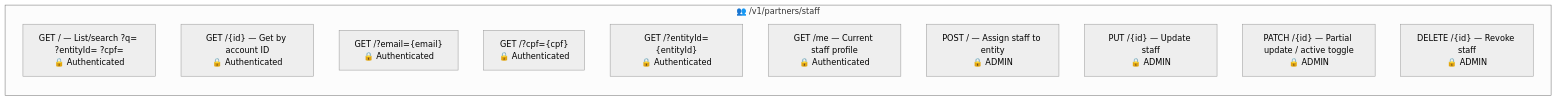
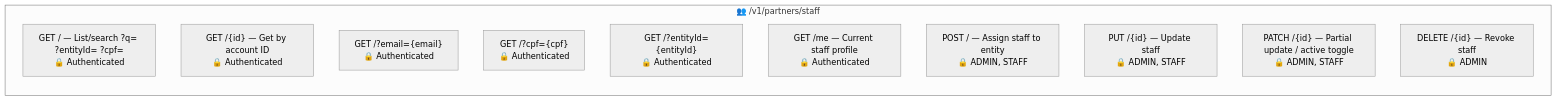
Before and after one commit to Plataforma-Universidade-Gratuita/pug-service: the third of 5 diagrams in src/main/java/br/org/catolicasc/pug/partner/README.md, drawn with Mermaid (neutral theme). The commit also changed other lines of this file and 38 other files, not shown here.

````diff
--- a/src/main/java/br/org/catolicasc/pug/partner/README.md
+++ b/src/main/java/br/org/catolicasc/pug/partner/README.md
@@ -77,16 +77,16 @@
 ```mermaid
 graph LR
     subgraph Staff["👥 /v1/partners/staff"]
         direction TB
         GET_LIST["GET / — List/search ?q= ?entityId= ?cpf=<br/>🔒 Authenticated"]
         GET_ID["GET /{id} — Get by account ID<br/>🔒 Authenticated"]
         GET_EMAIL["GET /?email={email}<br/>🔒 Authenticated"]
         GET_CPF["GET /?cpf={cpf}<br/>🔒 Authenticated"]
         GET_ENTITY["GET /?entityId={entityId}<br/>🔒 Authenticated"]
         GET_ME["GET /me — Current staff profile<br/>🔒 Authenticated"]
-        POST["POST / — Assign staff to entity<br/>🔒 ADMIN"]
-        PUT["PUT /{id} — Update staff<br/>🔒 ADMIN"]
-        PATCH["PATCH /{id} — Partial update / active toggle<br/>🔒 ADMIN"]
+        POST["POST / — Assign staff to entity<br/>🔒 ADMIN, STAFF"]
+        PUT["PUT /{id} — Update staff<br/>🔒 ADMIN, STAFF"]
+        PATCH["PATCH /{id} — Partial update / active toggle<br/>🔒 ADMIN, STAFF"]
         DELETE["DELETE /{id} — Revoke staff<br/>🔒 ADMIN"]
     end
 ```
````
